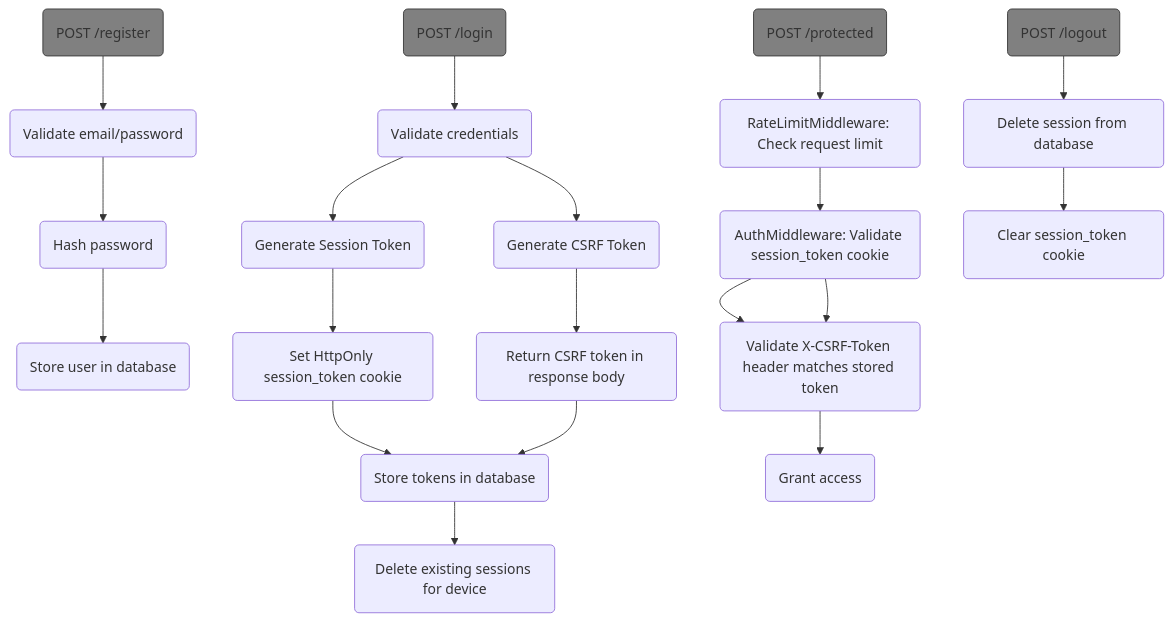
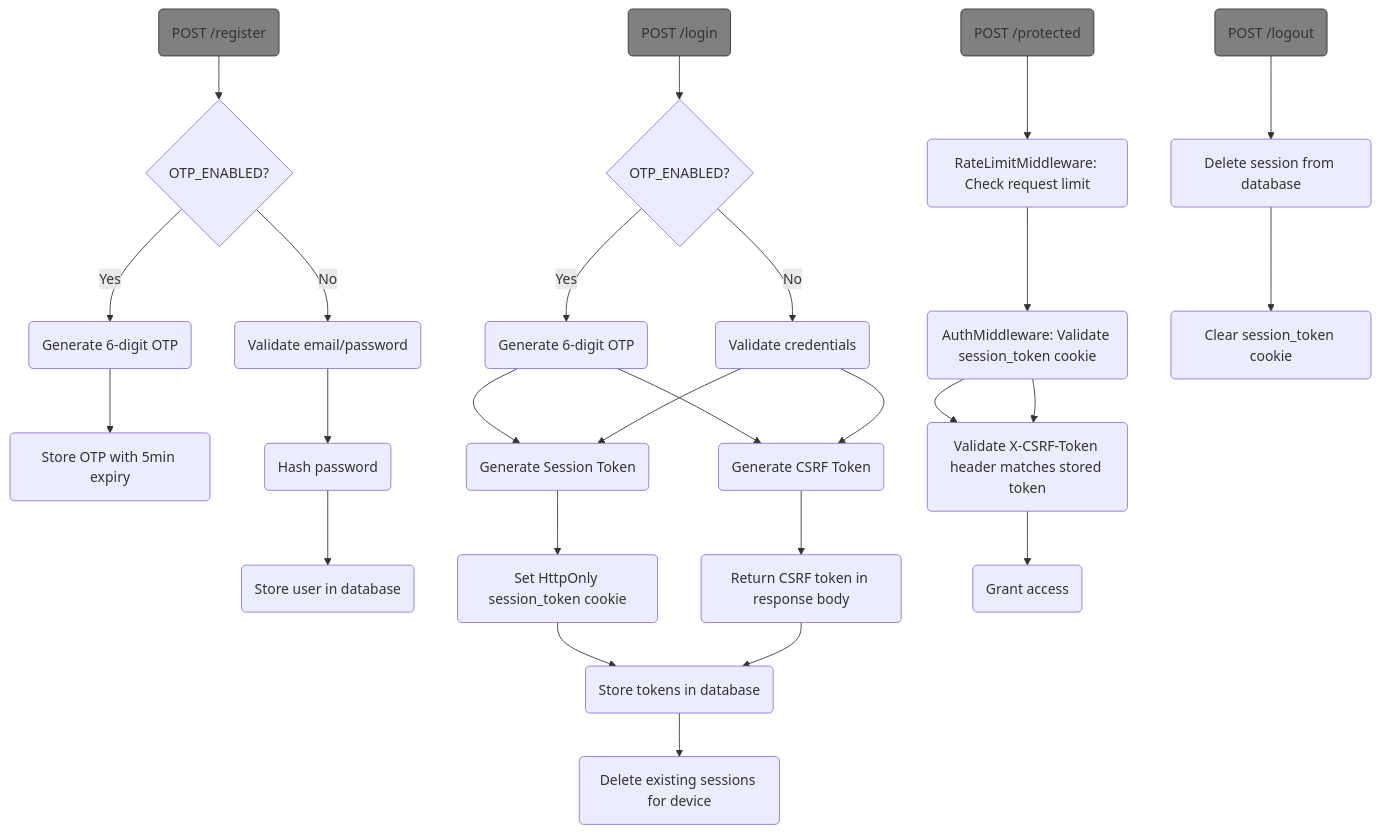
One commit to ncg200101-lab/camp-backend changed the diagram in docs/auth_workflow.md. Above: the diagram before and after it, drawn with Mermaid. The commit also changed other lines of this file and 11 other files, not shown here.

````diff
--- a/docs/auth_workflow.md
+++ b/docs/auth_workflow.md
@@ -3,29 +4,36 @@
 ```mermaid
 flowchart TD
-    A(POST /register) --> B(Validate email/password)
-    B --> C(Hash password)
-    C --> D(Store user in database)
+    A(POST /register) --> B{OTP_ENABLED?}
+    B -->|Yes| C(Generate 6-digit OTP)
+    C --> D(Store OTP with 5min expiry)
+    B -->|No| E(Validate email/password)
+    E --> F(Hash password)
+    F --> G(Store user in database)
 
-    E(POST /login) --> F(Validate credentials)
-    F --> G(Generate Session Token)
-    F --> H(Generate CSRF Token)
-    G --> I(Set HttpOnly session_token cookie)
-    H --> J(Return CSRF token in response body)
-    I --> K(Store tokens in database)
-    J --> K(Store tokens in database)
-    K --> L(Delete existing sessions for device)
+    H(POST /login) --> I{OTP_ENABLED?}
+    I -->|Yes| J(Generate 6-digit OTP)
+    I -->|No| K(Validate credentials)
+    J --> L(Generate Session Token)
+    J --> M(Generate CSRF Token)
+    K --> L(Generate Session Token)
+    K --> M(Generate CSRF Token)
+    L --> O(Set HttpOnly session_token cookie)
+    M --> P(Return CSRF token in response body)
+    O --> Q(Store tokens in database)
+    P --> Q(Store tokens in database)
+    Q --> R(Delete existing sessions for device)
 
-    M(POST /protected) --> N(RateLimitMiddleware: Check request limit)
-    N --> O(AuthMiddleware: Validate session_token cookie)
-    O --> P(Get session from database)
-    O --> P(Validate X-CSRF-Token header matches stored token)
-    P --> Q(Grant access)
+    S(POST /protected) --> T(RateLimitMiddleware: Check request limit)
+    T --> U(AuthMiddleware: Validate session_token cookie)
+    U --> V(Get session from database)
+    U --> V(Validate X-CSRF-Token header matches stored token)
+    V --> W(Grant access)
 
-    R(POST /logout) --> S(Delete session from database)
-    S --> T(Clear session_token cookie)
+    X(POST /logout) --> Y(Delete session from database)
+    Y --> Z(Clear session_token cookie)
 
     style A fill: #808080,stroke:#333
-    style E fill: #808080,stroke:#333
-    style M fill: #808080,stroke:#333
-    style R fill: #808080,stroke:#333
+    style H fill: #808080,stroke:#333
+    style S fill: #808080,stroke:#333
+    style X fill: #808080,stroke:#333
 ```
````
